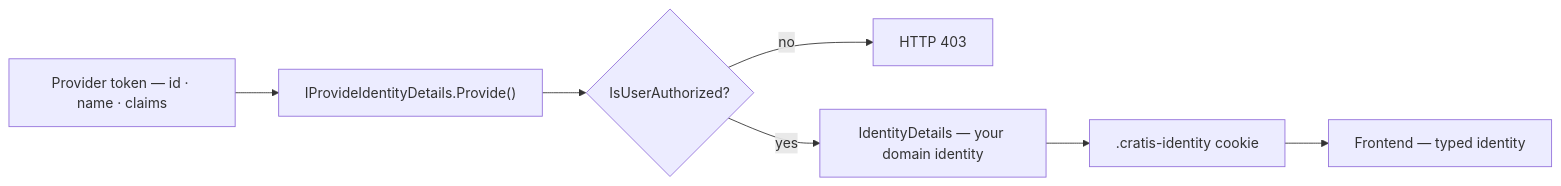
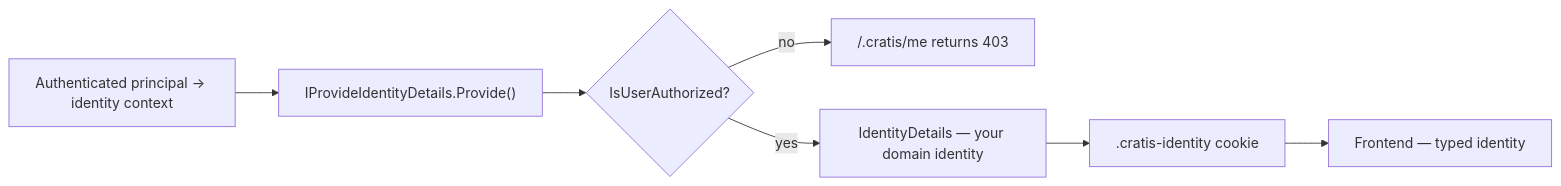
The diagram in Documentation/understanding-identity-and-access.mdx (Cratis/Arc), drawn with Mermaid before and after one commit. The commit also changed other lines of this file and 272 other files, not shown here.

````diff
--- a/Documentation/understanding-identity-and-access.mdx
+++ b/Documentation/understanding-identity-and-access.mdx
@@ -33,9 +33,9 @@
 ```mermaid
 flowchart LR
-    T["Provider token — id · name · claims"] --> P["IProvideIdentityDetails.Provide()"]
+    T["Authenticated principal → identity context"] --> P["IProvideIdentityDetails.Provide()"]
     P --> Q{IsUserAuthorized?}
-    Q -- no --> F["HTTP 403"]
+    Q -- no --> F["/.cratis/me returns 403"]
     Q -- yes --> D["IdentityDetails — your domain identity"]
     D --> C[".cratis-identity cookie"]
     C --> UI["Frontend — typed identity"]
 ```
````
